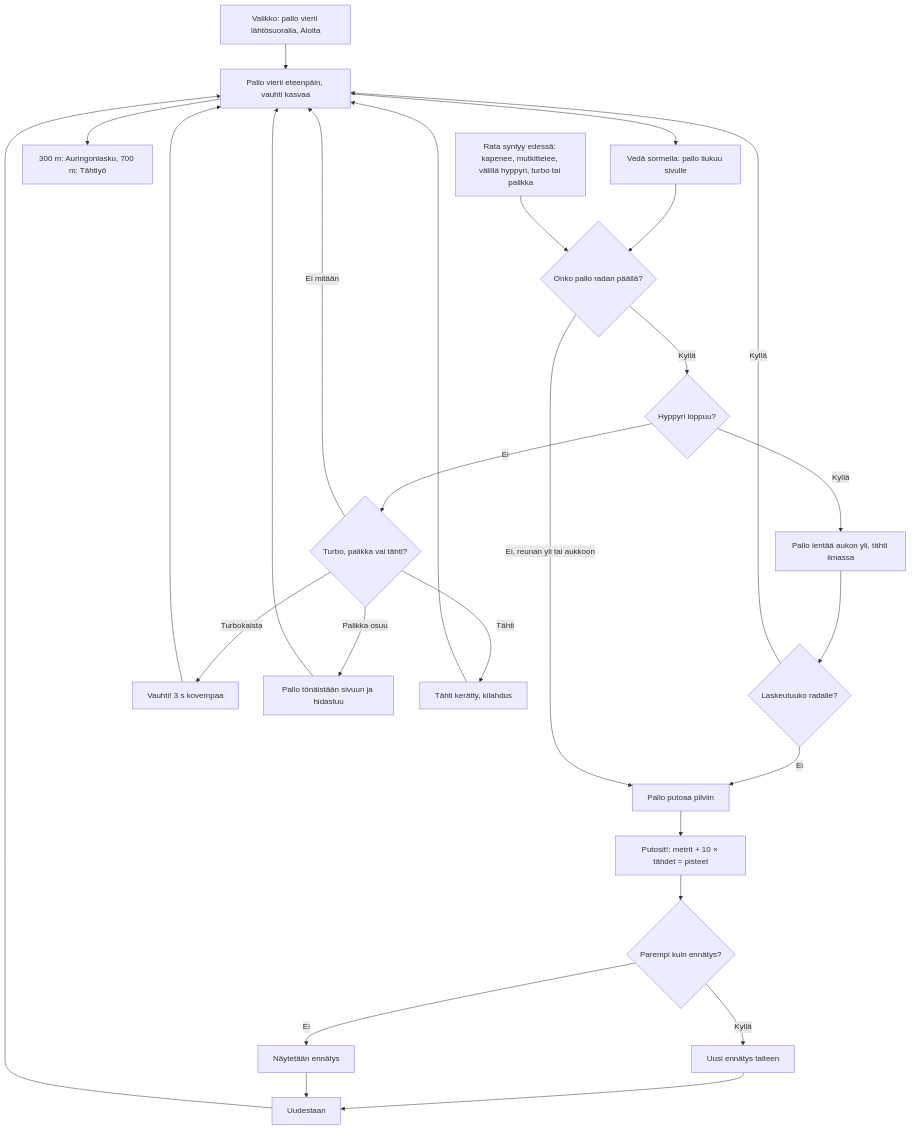
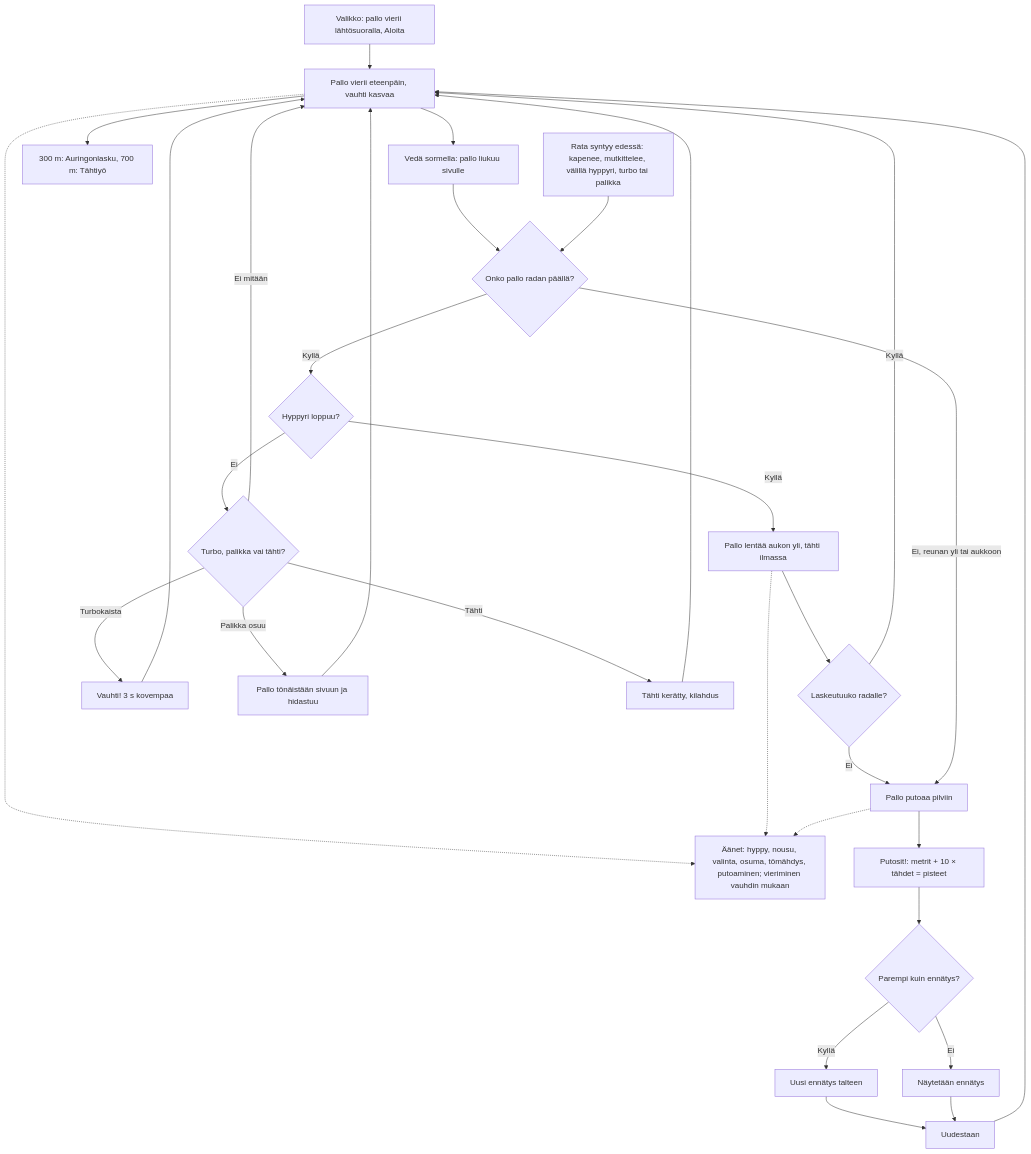
The diagram in docs/diagrams/pallorata.md (eerovil/ai-pelit), drawn with Mermaid before and after one commit. The commit also changed other lines of this file and 3 other files, not shown here.

````diff
--- a/docs/diagrams/pallorata.md
+++ b/docs/diagrams/pallorata.md
@@ -9,39 +9,44 @@
 ```mermaid
 flowchart TD
   A[Valikko: pallo vierii lähtösuoralla, Aloita] --> B[Pallo vierii eteenpäin, vauhti kasvaa]
   B --> C[Vedä sormella: pallo liukuu sivulle]
   C --> D{Onko pallo radan päällä?}
   D -- Kyllä --> M{Hyppyri loppuu?}
   M -- Kyllä --> N[Pallo lentää aukon yli, tähti ilmassa]
   N --> O{Laskeutuuko radalle?}
   O -- Kyllä --> B
   O -- Ei --> G
   M -- Ei --> T{Turbo, palikka vai tähti?}
   T -- Turbokaista --> U[Vauhti! 3 s kovempaa]
   T -- Palikka osuu --> V[Pallo tönäistään sivuun ja hidastuu]
   T -- Ei mitään --> B
   T -- Tähti --> F
   U --> B
   V --> B
   B --> Z[300 m: Auringonlasku, 700 m: Tähtiyö]
   F[Tähti kerätty, kilahdus]
+  AU[Äänet: hyppy, nousu, valinta, osuma, tömähdys, putoaminen; vieriminen vauhdin mukaan]
+  B -.-> AU
+  N -.-> AU
+  G -.-> AU
   F --> B
   D -- Ei, reunan yli tai aukkoon --> G[Pallo putoaa pilviin]
   G --> H[Putosit!: metrit + 10 × tähdet = pisteet]
   H --> I{Parempi kuin ennätys?}
   I -- Kyllä --> J[Uusi ennätys talteen]
   I -- Ei --> K[Näytetään ennätys]
   J --> L[Uudestaan]
   K --> L
   L --> B
   R[Rata syntyy edessä: kapenee, mutkittelee, välillä hyppyri, turbo tai palikka] --> D
   class A,B,C blue
   class D,I,M,O,T amber
   class N,U teal
   class V rose
   class Z blue
   class F,J green
   class G,H rose
   class K,L blue
   class R teal
+  class AU green
 ```
````
